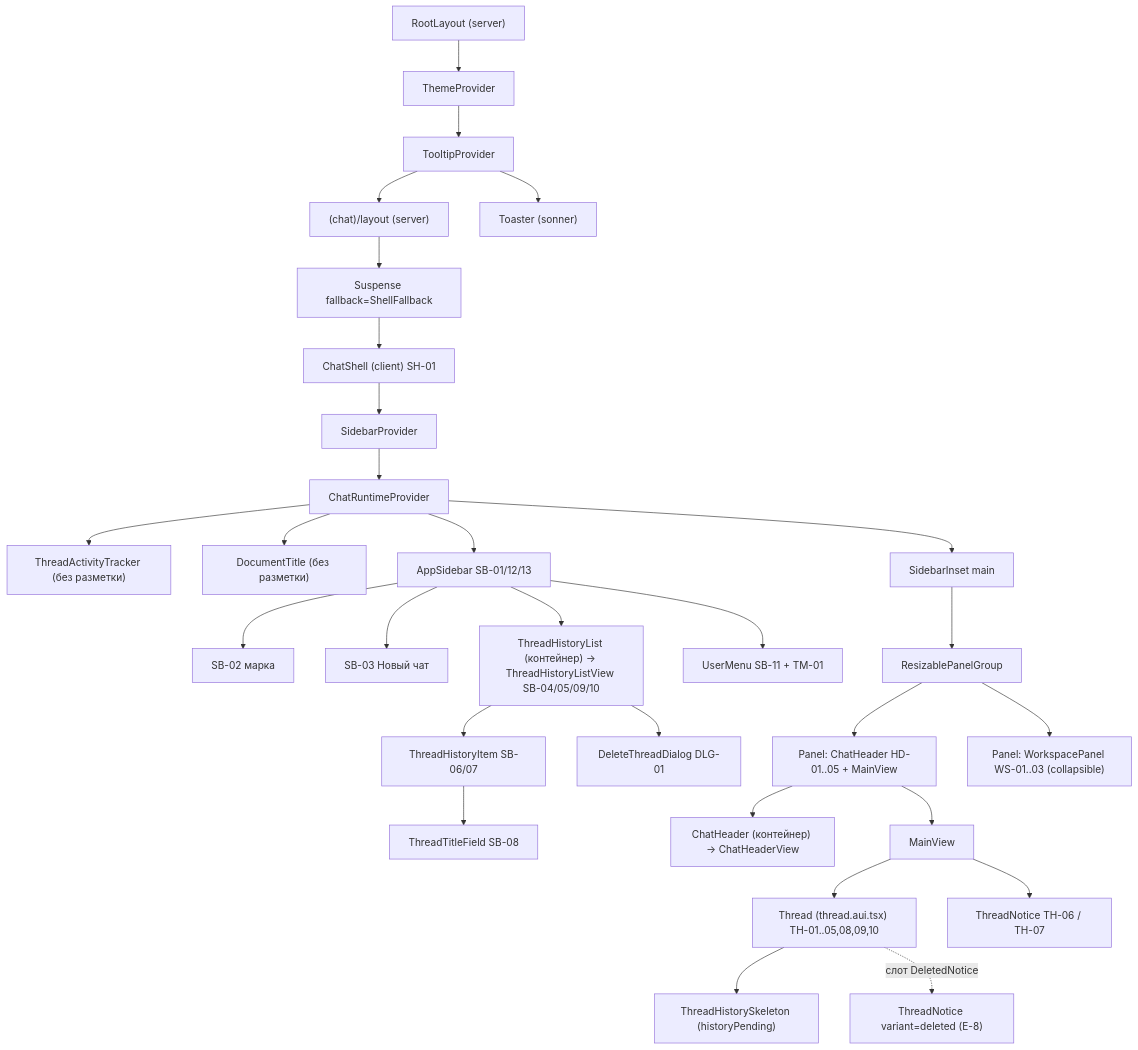
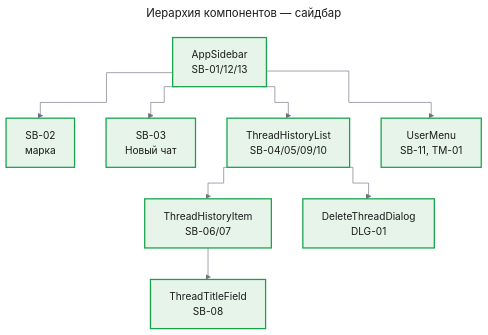
The fifth of 11 diagrams in docs/features/chat-shell/design-web-shell.md (tundraray/agent-os), drawn with Mermaid before and after one commit. The commit also changed other lines of this file and 10 other files, not shown here.

````diff
--- a/docs/features/chat-shell/design-web-shell.md
+++ b/docs/features/chat-shell/design-web-shell.md
@@ -777,31 +617,35 @@
 ```mermaid
-graph TD
-    RootLayout["RootLayout (server)"] --> ThemeProvider
-    ThemeProvider --> TooltipProvider
-    TooltipProvider --> ChatLayout["(chat)/layout (server)"]
-    TooltipProvider --> Toaster["Toaster (sonner)"]
-    ChatLayout --> Suspense["Suspense fallback=ShellFallback"]
-    Suspense --> ChatShell["ChatShell (client) SH-01"]
-    ChatShell --> SidebarProvider
-    SidebarProvider --> ChatRuntimeProvider
-    ChatRuntimeProvider --> Tracker["ThreadActivityTracker (без разметки)"]
-    ChatRuntimeProvider --> DocTitle["DocumentTitle (без разметки)"]
-    ChatRuntimeProvider --> AppSidebar["AppSidebar SB-01/12/13"]
-    ChatRuntimeProvider --> Main["SidebarInset main"]
-    AppSidebar --> Brand["SB-02 марка"]
-    AppSidebar --> NewChat["SB-03 Новый чат"]
-    AppSidebar --> HistoryList["ThreadHistoryList (контейнер) → ThreadHistoryListView SB-04/05/09/10"]
-    HistoryList --> Item["ThreadHistoryItem SB-06/07"]
-    Item --> TitleField["ThreadTitleField SB-08"]
-    HistoryList --> DeleteDialog["DeleteThreadDialog DLG-01"]
-    AppSidebar --> UserMenu["UserMenu SB-11 + TM-01"]
-    Main --> Group["ResizablePanelGroup"]
-    Group --> ChatPanel["Panel: ChatHeader HD-01..05 + MainView"]
-    Group --> Workspace["Panel: WorkspacePanel WS-01..03 (collapsible)"]
-    ChatPanel --> Header["ChatHeader (контейнер) → ChatHeaderView"]
-    ChatPanel --> MainView
-    MainView --> Thread["Thread (thread.aui.tsx) TH-01..05,08,09,10"]
-    MainView --> Notice["ThreadNotice TH-06 / TH-07"]
-    Thread --> Skeleton["ThreadHistorySkeleton (historyPending)"]
-    Thread -. "слот DeletedNotice" .-> DeletedNotice["ThreadNotice variant=deleted (E-8)"]
+---
+title: "Иерархия компонентов — сайдбар"
+config:
+  theme: base
+  look: classic
+  themeVariables:
+    primaryColor: "#eef1f5"
+    primaryBorderColor: "#4b5563"
+    primaryTextColor: "#1a1a1a"
+    lineColor: "#6b7280"
+  flowchart:
+    curve: step
+---
+flowchart TD
+    side["AppSidebar<br/>SB-01/12/13"]
+    brand["SB-02<br/>марка"]
+    nc["SB-03<br/>Новый чат"]
+    list["ThreadHistoryList<br/>SB-04/05/09/10"]
+    item["ThreadHistoryItem<br/>SB-06/07"]
+    title["ThreadTitleField<br/>SB-08"]
+    del["DeleteThreadDialog<br/>DLG-01"]
+    um["UserMenu<br/>SB-11, TM-01"]
+    side --> brand
+    side --> nc
+    side --> list
+    side --> um
+    list --> item --> title
+    list --> del
+    classDef entry fill:#ffffff,stroke:#1f2937,stroke-width:1.5px,color:#1a1a1a
+    classDef changed fill:#fde8e8,stroke:#dc2626,stroke-width:2px,color:#1a1a1a
+    classDef new fill:#e6f4ea,stroke:#16a34a,stroke-width:2px,color:#1a1a1a
+    classDef unchanged fill:#eef1f5,stroke:#4b5563,stroke-width:1.5px,color:#1a1a1a
+    class side,brand,nc,list,item,title,del,um new
 ```
````
